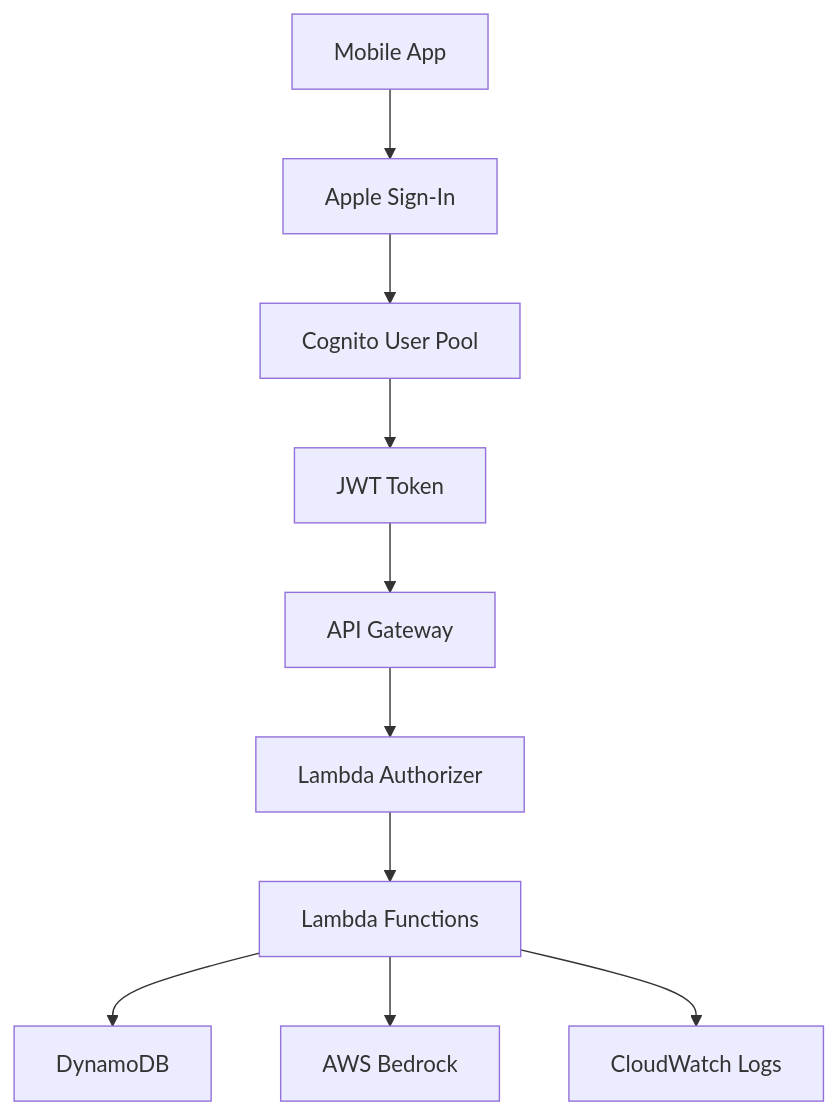
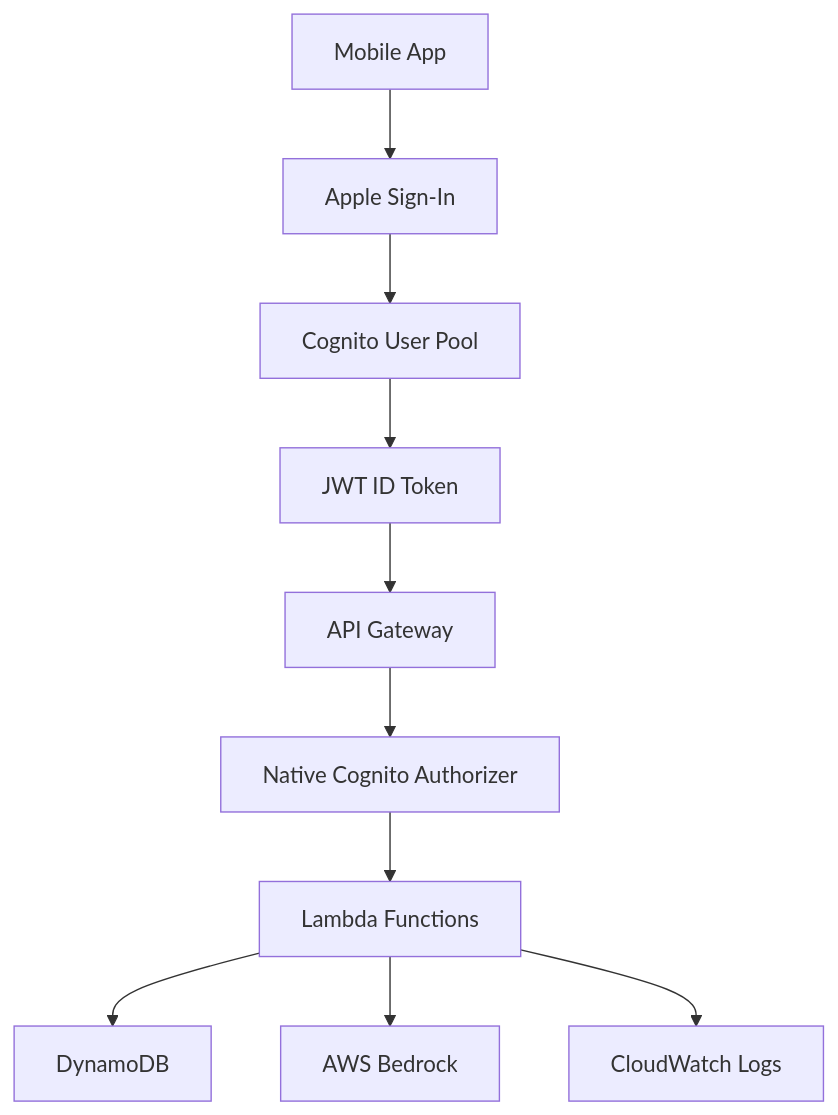
The diagram in backend/docs/api-gateway-only-architecture.md (wmtylerbrown/lingible), drawn with Mermaid before and after one commit. The commit also changed other lines of this file and 30 other files, not shown here.

First line of the commit message:
feat: Complete migration to native Cognito authorizer

````diff
--- a/backend/docs/api-gateway-only-architecture.md
+++ b/backend/docs/api-gateway-only-architecture.md
@@ -9,12 +9,12 @@
 ```mermaid
 graph TD
     A[Mobile App] --> B[Apple Sign-In]
     B --> C[Cognito User Pool]
-    C --> D[JWT Token]
+    C --> D[JWT ID Token]
     D --> E[API Gateway]
-    E --> F[Lambda Authorizer]
+    E --> F[Native Cognito Authorizer]
     F --> G[Lambda Functions]
     G --> H[DynamoDB]
     G --> I[AWS Bedrock]
     G --> J[CloudWatch Logs]
 ```
````
